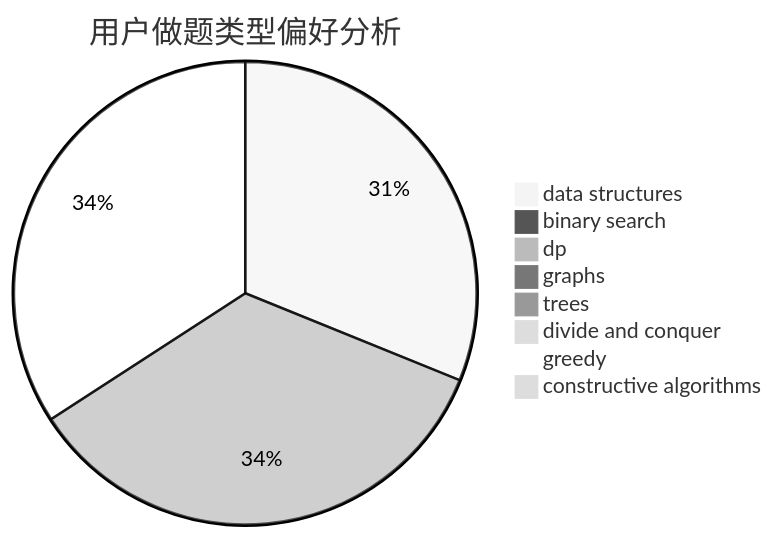
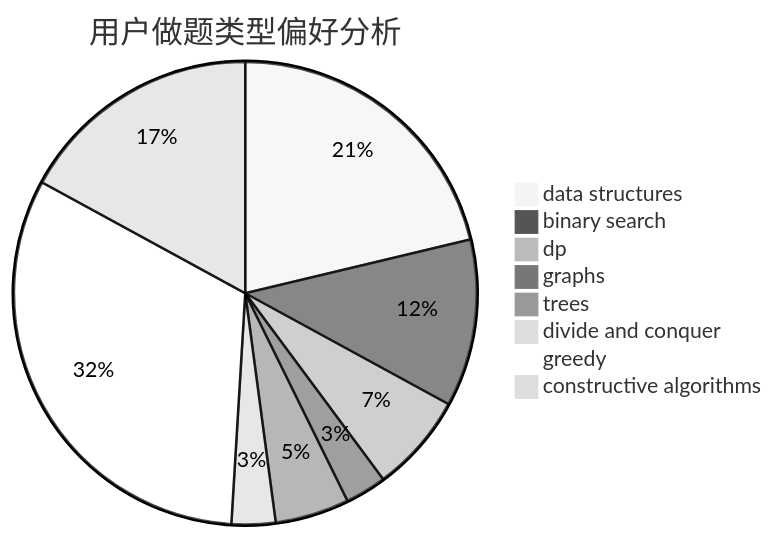
The second of 3 diagrams in docs/user/u482.md (sherpahu/cfrs.github.io), drawn with Mermaid (neutral theme) before and after one commit. The commit also changed other lines of this file and 2770 other files, not shown here.

````diff
--- a/docs/user/u482.md
+++ b/docs/user/u482.md
@@ -23,11 +23,11 @@
 ```mermaid
 pie title 用户做题类型偏好分析
-    "data structures" :  340
-    "binary search" :  4
-    "dp" :  379
-    "graphs" :  6
-    "trees" :  2
-    "divide and conquer" :  8
-    "greedy" :  373
-    "constructive algorithms" :  0
+    "data structures" :  111
+    "binary search" :  61
+    "dp" :  36
+    "graphs" :  15
+    "trees" :  27
+    "divide and conquer" :  16
+    "greedy" :  167
+    "constructive algorithms" :  89
 ```
````
